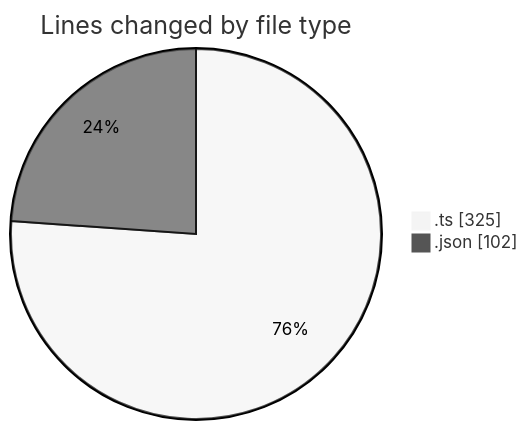
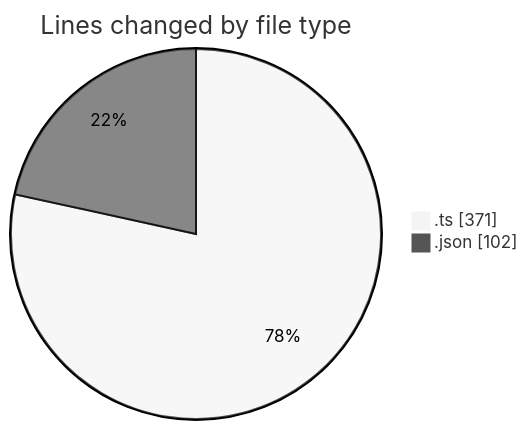
The first of 2 diagrams in 2026-03-30/cinema/README.md (igalym/code-tracking), drawn with Mermaid (neutral theme) before and after one commit. The commit also changed other lines of this file and 1 other file, not shown here.

````diff
--- a/2026-03-30/cinema/README.md
+++ b/2026-03-30/cinema/README.md
@@ -33,6 +33,6 @@
 ```mermaid
 pie showData
 title Lines changed by file type
-".ts" : 325
+".ts" : 371
 ".json" : 102
 ```
````
